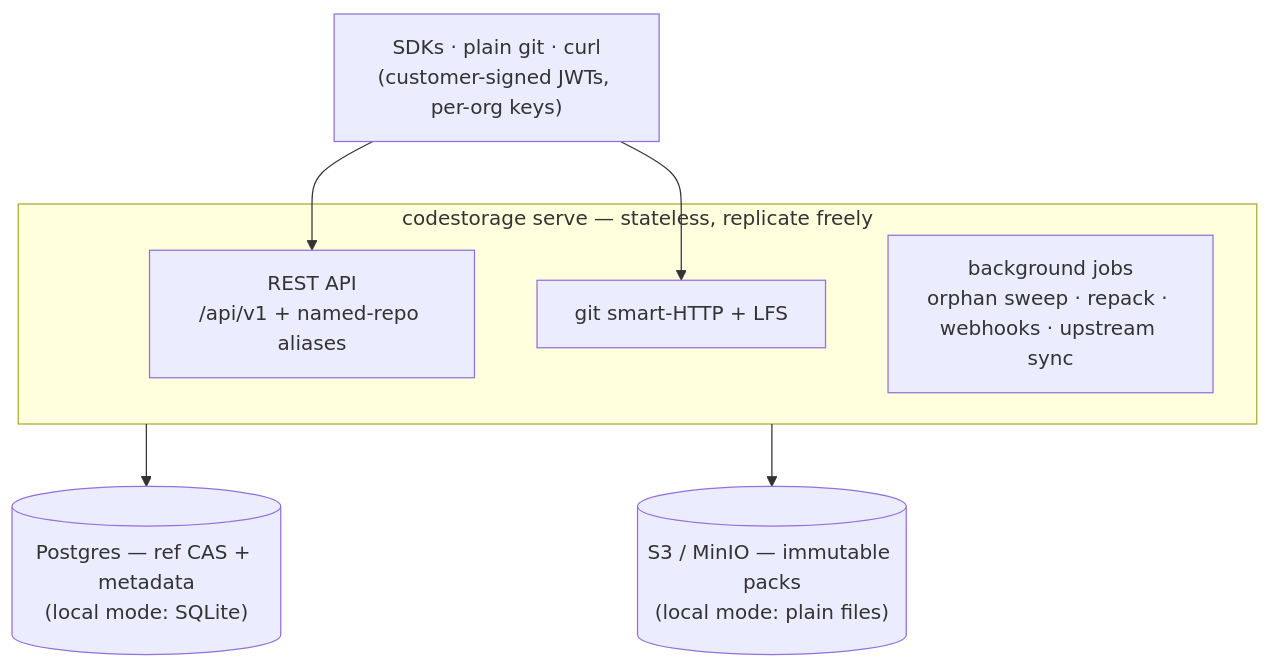
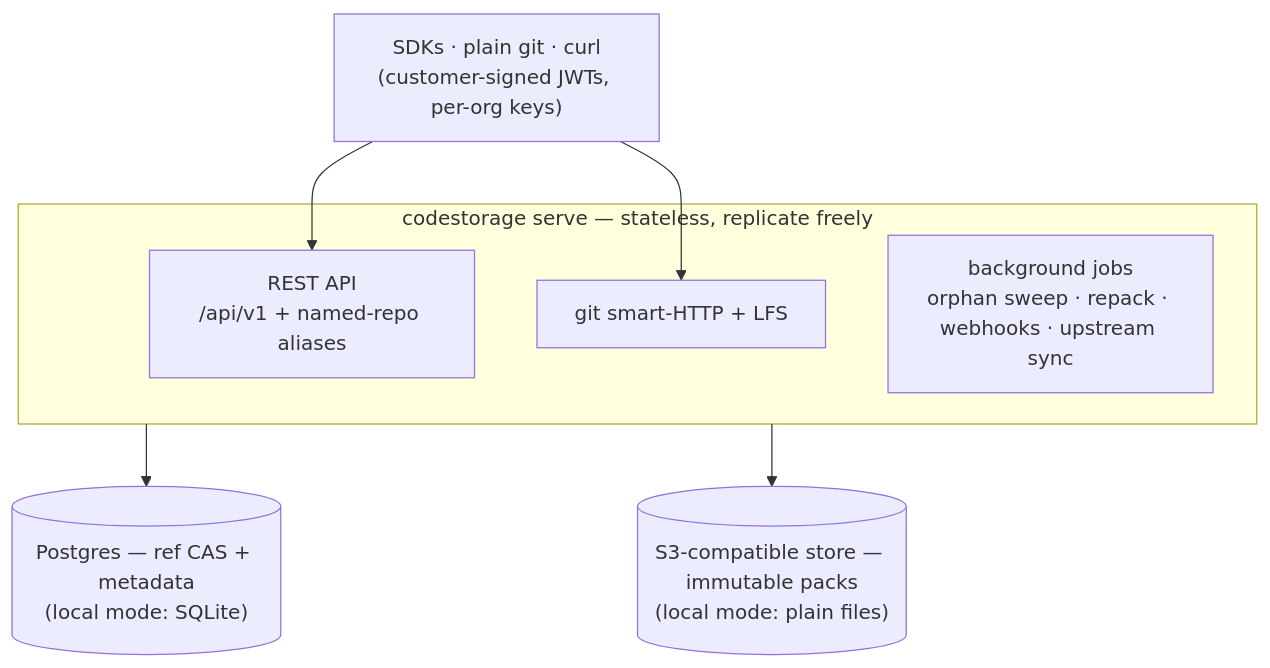
The diagram in README.md (coder/openstorage), drawn with Mermaid before and after one commit. The commit also changed other lines of this file and 17 other files, not shown here.

First line of the commit message:
feat(blob): SeaweedFS replaces MinIO as the tested self-hosted S3 store

````diff
--- a/README.md
+++ b/README.md
@@ -13,18 +13,18 @@
 ```mermaid
 flowchart TB
     clients["SDKs · plain git · curl<br/>(customer-signed JWTs, per-org keys)"]
 
     subgraph node["codestorage serve — stateless, replicate freely"]
         api["REST API<br/>/api/v1 + named-repo aliases"]
         git["git smart-HTTP + LFS"]
         jobs["background jobs<br/>orphan sweep · repack · webhooks · upstream sync"]
     end
 
     refs[("Postgres — ref CAS + metadata<br/>(local mode: SQLite)")]
-    packs[("S3 / MinIO — immutable packs<br/>(local mode: plain files)")]
+    packs[("S3-compatible store — immutable packs<br/>(local mode: plain files)")]
 
     clients --> api
     clients --> git
     node --> refs
     node --> packs
 ```
````
